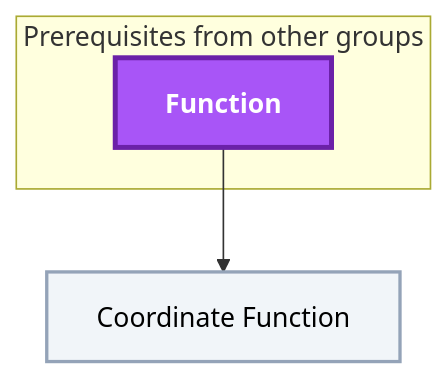
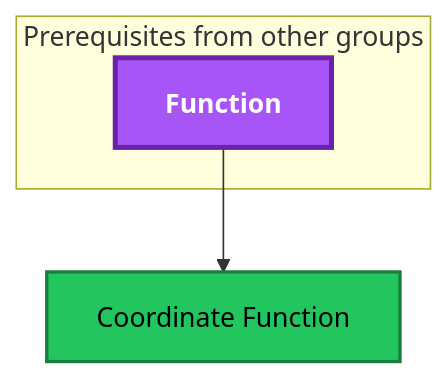
The first of 21 diagrams in Gamification/Skill Trees/Differential Geometry.md (MRauf1/My-Notes), drawn with Mermaid before and after one commit. The commit also changed other lines of this file and 145 other files, not shown here.

````diff
--- a/Gamification/Skill Trees/Differential Geometry.md
+++ b/Gamification/Skill Trees/Differential Geometry.md
@@ -17,20 +17,20 @@
 ```mermaid
 flowchart TD
     classDef planned fill:#1E293B,stroke:#64748B,stroke-width:2px,stroke-dasharray:5 5,color:#94A3B8;
     classDef locked fill:#334155,stroke:#475569,stroke-width:2px,color:#94A3B8;
     classDef L0 fill:#F1F5F9,stroke:#94A3B8,stroke-width:2px,color:#000000;
     classDef L1 fill:#22C55E,stroke:#15803D,stroke-width:2px,color:#000000;
     classDef L2 fill:#3B82F6,stroke:#1D4ED8,stroke-width:3px,color:#FFFFFF;
     classDef L3 fill:#A855F7,stroke:#6B21A8,stroke-width:3px,color:#FFFFFF,font-weight:bold;
     classDef L4 fill:#F97316,stroke:#C2410C,stroke-width:4px,color:#000000,font-weight:bold;
     classDef L5 fill:#FFD700,stroke:#FF8C00,stroke-width:5px,color:#000000,font-weight:bold;
     classDef rusty stroke:#8B4513,stroke-width:4px,stroke-dasharray:3 3;
     subgraph sg_prereqs["Prerequisites from other groups"]
         n_function["Function"]
     end
     n_coordinate_function["Coordinate Function"]
     n_function --> n_coordinate_function
-    class n_coordinate_function L0;
+    class n_coordinate_function L1;
     class n_function L3;
     class n_function,n_coordinate_function internal-link;
 ```
````
